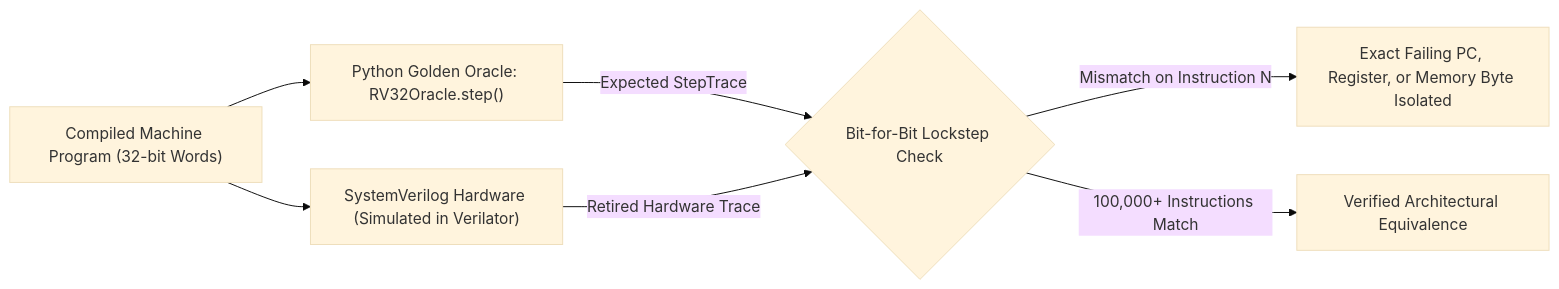
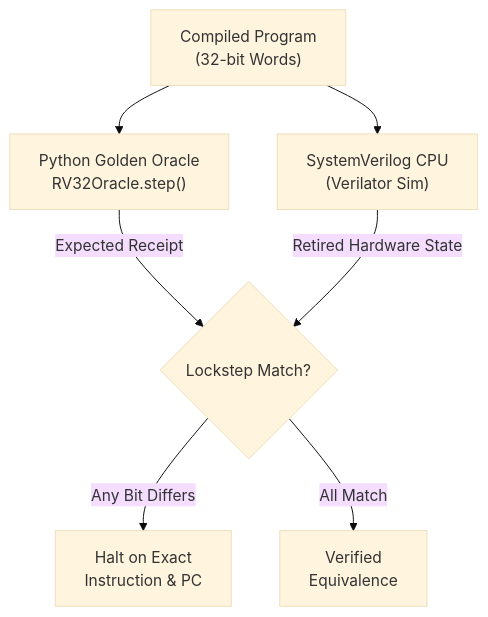
One commit to Ethanex8/apex changed the first of 2 diagrams in systems/brain/chapters/01_golden_oracle_and_isa.md. Above: the diagram before and after it, drawn with Mermaid (base theme). The commit also changed other lines of this file and 10 other files, not shown here.

Commit message:
docs(brain): polish brain-01 chapter, widgets, Mermaid CSS, and oracle inline comments

````diff
--- a/systems/brain/chapters/01_golden_oracle_and_isa.md
+++ b/systems/brain/chapters/01_golden_oracle_and_isa.md
@@ -19,10 +17,10 @@
 ```mermaid
-flowchart LR
-    PROG["Compiled Machine Program (32-bit Words)"]
-    PROG --> ORACLE["Python Golden Oracle: RV32Oracle.step()"]
-    PROG --> RTL["SystemVerilog Hardware (Simulated in Verilator)"]
-    ORACLE -->|"Expected StepTrace"| CMP{"Bit-for-Bit Lockstep Check"}
-    RTL -->|"Retired Hardware Trace"| CMP
-    CMP -->|"Mismatch on Instruction N"| BUG["Exact Failing PC, Register, or Memory Byte Isolated"]
-    CMP -->|"100,000+ Instructions Match"| PASS["Verified Architectural Equivalence"]
+flowchart TD
+    PROG["Compiled Program<br/>(32-bit Words)"]
+    PROG --> ORACLE["Python Golden Oracle<br/>RV32Oracle.step()"]
+    PROG --> RTL["SystemVerilog CPU<br/>(Verilator Sim)"]
+    ORACLE -->|"Expected Receipt"| CMP{"Lockstep Match?"}
+    RTL -->|"Retired Hardware State"| CMP
+    CMP -->|"Any Bit Differs"| BUG["Halt on Exact<br/>Instruction & PC"]
+    CMP -->|"All Match"| PASS["Verified<br/>Equivalence"]
 ```
````
